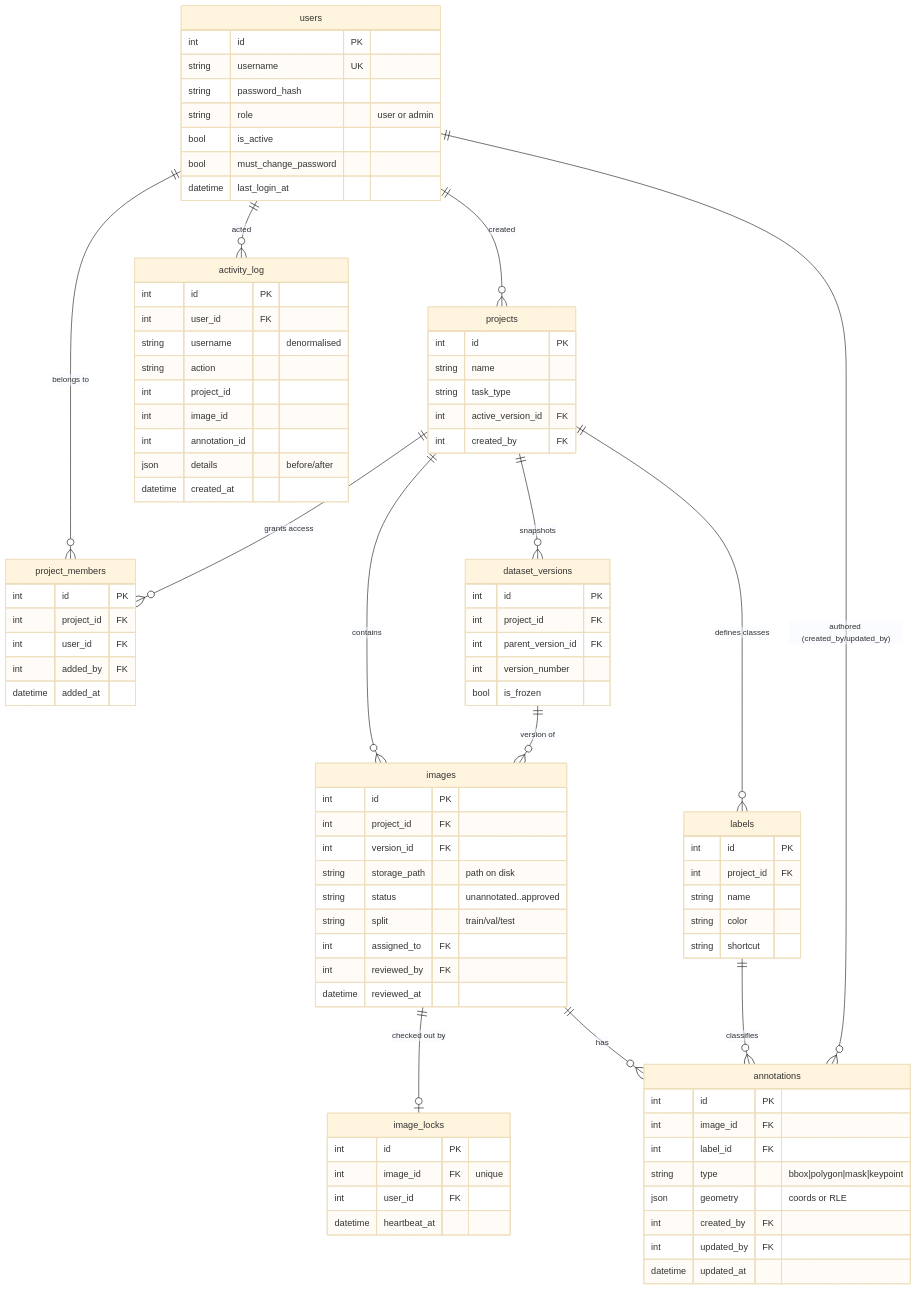
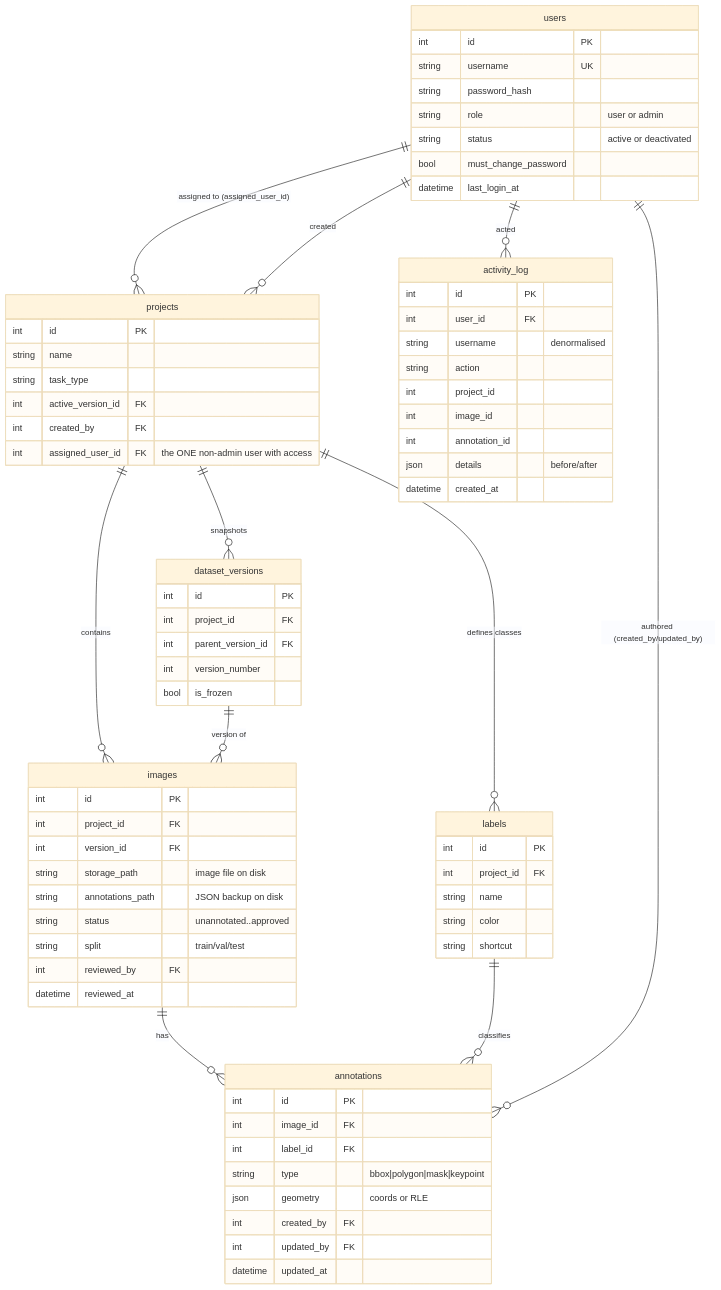
One commit to rochitl72/lable-studio-latest-org changed the diagram in docs/diagrams/db_er.mermaid. Above: the diagram before and after it, drawn with Mermaid (base theme). The commit also changed 35 other files, not shown here.

```diff
--- a/docs/diagrams/db_er.mermaid
+++ b/docs/diagrams/db_er.mermaid
@@ -1,89 +1,75 @@
 erDiagram
-  users ||--o{ project_members : "belongs to"
-  projects ||--o{ project_members : "grants access"
+  users ||--o{ projects : "assigned to (assigned_user_id)"
   users ||--o{ projects : "created"
   projects ||--o{ labels : "defines classes"
   projects ||--o{ dataset_versions : "snapshots"
   projects ||--o{ images : "contains"
   dataset_versions ||--o{ images : "version of"
   images ||--o{ annotations : "has"
   labels ||--o{ annotations : "classifies"
   users ||--o{ annotations : "authored (created_by/updated_by)"
-  images ||--o| image_locks : "checked out by"
   users ||--o{ activity_log : "acted"
 
   users {
     int id PK
     string username UK
     string password_hash
     string role "user or admin"
-    bool is_active
+    string status "active or deactivated"
     bool must_change_password
     datetime last_login_at
-  }
-  project_members {
-    int id PK
-    int project_id FK
-    int user_id FK
-    int added_by FK
-    datetime added_at
   }
   projects {
     int id PK
     string name
     string task_type
     int active_version_id FK
     int created_by FK
+    int assigned_user_id FK "the ONE non-admin user with access"
   }
   labels {
     int id PK
     int project_id FK
     string name
     string color
     string shortcut
   }
   dataset_versions {
     int id PK
     int project_id FK
     int parent_version_id FK
     int version_number
     bool is_frozen
   }
   images {
     int id PK
     int project_id FK
     int version_id FK
-    string storage_path "path on disk"
+    string storage_path "image file on disk"
+    string annotations_path "JSON backup on disk"
     string status "unannotated..approved"
     string split "train/val/test"
-    int assigned_to FK
     int reviewed_by FK
     datetime reviewed_at
   }
   annotations {
     int id PK
     int image_id FK
     int label_id FK
     string type "bbox|polygon|mask|keypoint"
     json geometry "coords or RLE"
     int created_by FK
     int updated_by FK
     datetime updated_at
   }
-  image_locks {
-    int id PK
-    int image_id FK "unique"
-    int user_id FK
-    datetime heartbeat_at
-  }
   activity_log {
     int id PK
     int user_id FK
     string username "denormalised"
     string action
     int project_id
     int image_id
     int annotation_id
     json details "before/after"
     datetime created_at
   }
```
